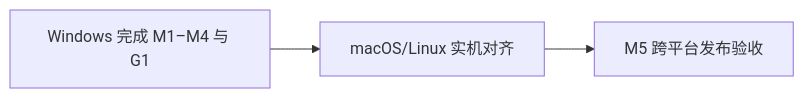
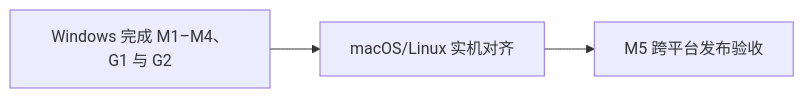
The diagram in docs/milestones/0.3.0/cross-platform-alignment.md (SkyJourney/cli-launchpad), drawn with Mermaid before and after one commit. The commit also changed other lines of this file and 82 other files, not shown here.

````diff
--- a/docs/milestones/0.3.0/cross-platform-alignment.md
+++ b/docs/milestones/0.3.0/cross-platform-alignment.md
@@ -11,4 +11,4 @@
 ```mermaid
 flowchart LR
-    win["Windows 完成 M1–M4 与 G1"] --> align["macOS/Linux 实机对齐"] --> m5["M5 跨平台发布验收"]
+    win["Windows 完成 M1–M4、G1 与 G2"] --> align["macOS/Linux 实机对齐"] --> m5["M5 跨平台发布验收"]
 ```
````
